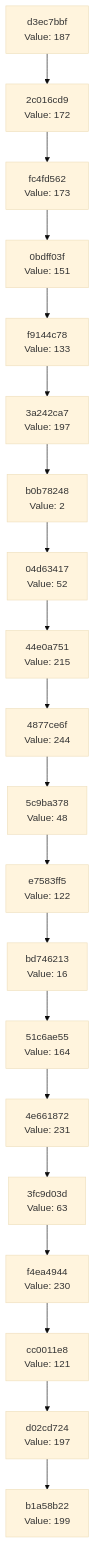
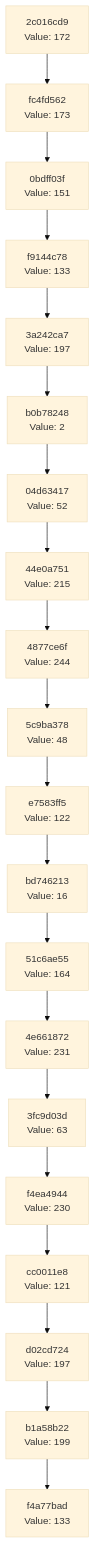
The diagram in docs/CHAIN_VISUALIZATION.md (Abhisheksinha1506/hash-chain-evolver), drawn with Mermaid (base theme) before and after one commit. The commit also changed 3 other files, not shown here.

````diff
--- a/docs/CHAIN_VISUALIZATION.md
+++ b/docs/CHAIN_VISUALIZATION.md
@@ -3,42 +3,42 @@
 ```mermaid
 graph TD
-    C0["b1a58b22<br/>Value: 199"]
-    C1["d02cd724<br/>Value: 197"]
+    C0["f4a77bad<br/>Value: 133"]
+    C1["b1a58b22<br/>Value: 199"]
     C1 --> C0
-    C2["cc0011e8<br/>Value: 121"]
+    C2["d02cd724<br/>Value: 197"]
     C2 --> C1
-    C3["f4ea4944<br/>Value: 230"]
+    C3["cc0011e8<br/>Value: 121"]
     C3 --> C2
-    C4["3fc9d03d<br/>Value: 63"]
+    C4["f4ea4944<br/>Value: 230"]
     C4 --> C3
-    C5["4e661872<br/>Value: 231"]
+    C5["3fc9d03d<br/>Value: 63"]
     C5 --> C4
-    C6["51c6ae55<br/>Value: 164"]
+    C6["4e661872<br/>Value: 231"]
     C6 --> C5
-    C7["bd746213<br/>Value: 16"]
+    C7["51c6ae55<br/>Value: 164"]
     C7 --> C6
-    C8["e7583ff5<br/>Value: 122"]
+    C8["bd746213<br/>Value: 16"]
     C8 --> C7
-    C9["5c9ba378<br/>Value: 48"]
+    C9["e7583ff5<br/>Value: 122"]
     C9 --> C8
-    C10["4877ce6f<br/>Value: 244"]
+    C10["5c9ba378<br/>Value: 48"]
     C10 --> C9
-    C11["44e0a751<br/>Value: 215"]
+    C11["4877ce6f<br/>Value: 244"]
     C11 --> C10
-    C12["04d63417<br/>Value: 52"]
+    C12["44e0a751<br/>Value: 215"]
     C12 --> C11
-    C13["b0b78248<br/>Value: 2"]
+    C13["04d63417<br/>Value: 52"]
     C13 --> C12
-    C14["3a242ca7<br/>Value: 197"]
+    C14["b0b78248<br/>Value: 2"]
     C14 --> C13
-    C15["f9144c78<br/>Value: 133"]
+    C15["3a242ca7<br/>Value: 197"]
     C15 --> C14
-    C16["0bdff03f<br/>Value: 151"]
+    C16["f9144c78<br/>Value: 133"]
     C16 --> C15
-    C17["fc4fd562<br/>Value: 173"]
+    C17["0bdff03f<br/>Value: 151"]
     C17 --> C16
-    C18["2c016cd9<br/>Value: 172"]
+    C18["fc4fd562<br/>Value: 173"]
     C18 --> C17
-    C19["d3ec7bbf<br/>Value: 187"]
+    C19["2c016cd9<br/>Value: 172"]
     C19 --> C18
 ```
````
